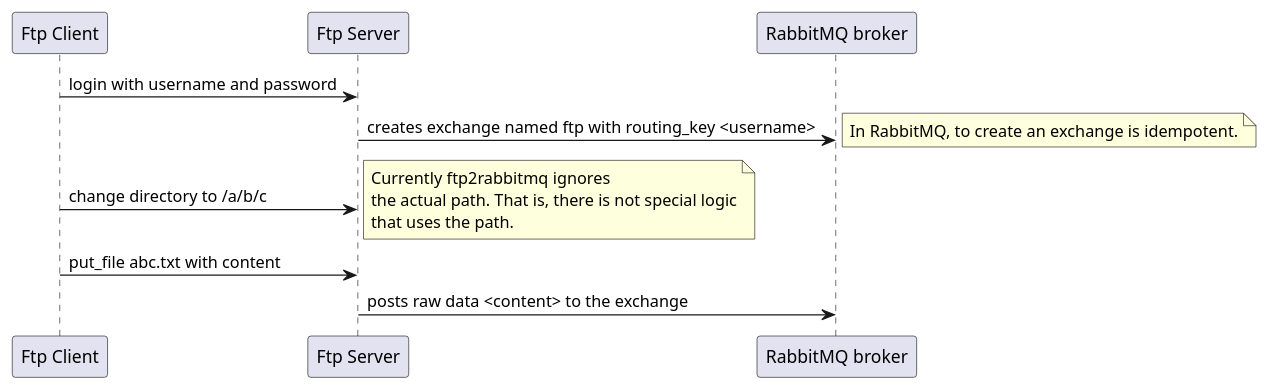
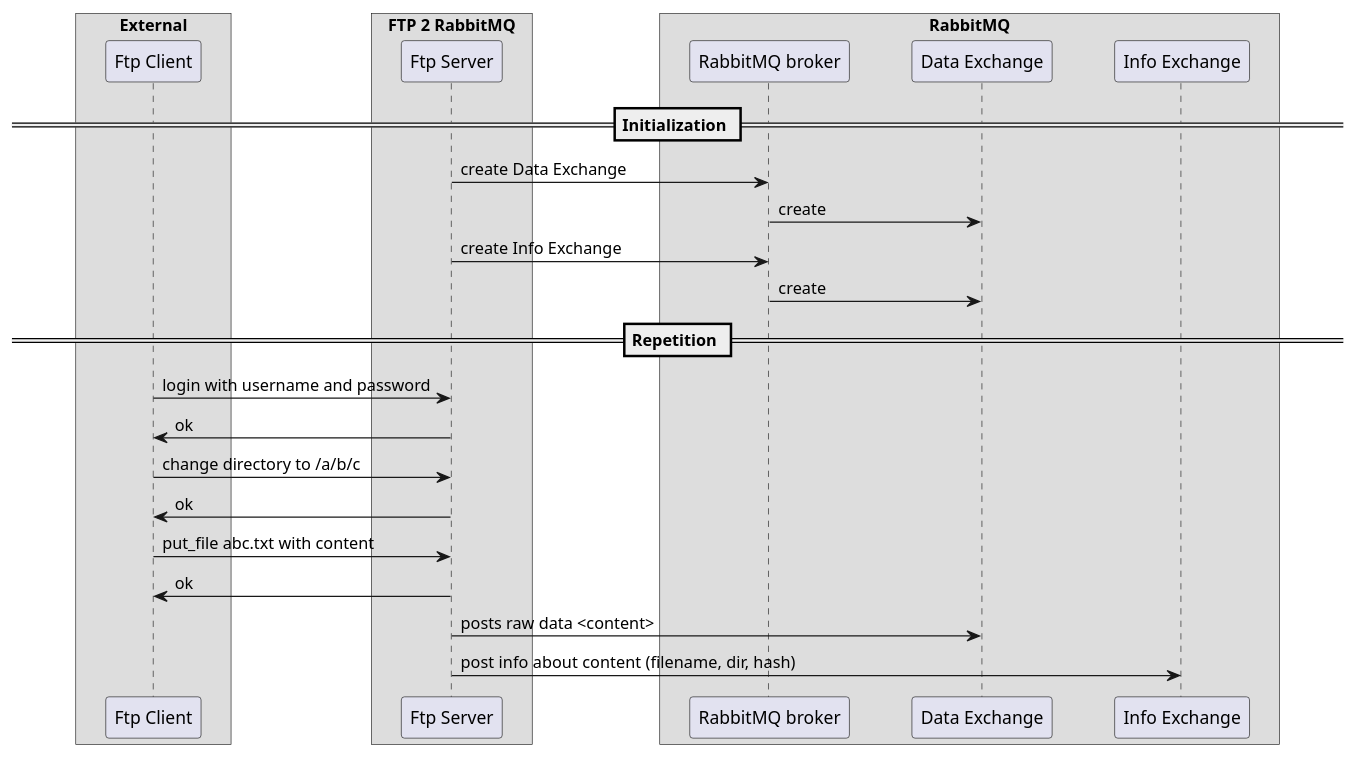
One commit to Raphexion/ftp2rabbitmq changed the diagram in doc/big_picture.puml. Above: the diagram before and after it, drawn with PlantUML. The commit also changed 1 other file, not shown here.

```diff
--- a/doc/big_picture.puml
+++ b/doc/big_picture.puml
@@ -1,24 +1,41 @@
 @startuml
 
-participant "Ftp Client" as FC
-participant "Ftp Server" as FS
-participant "RabbitMQ broker" as RMQ
+skinparam ParticipantPadding 20
+skinparam BoxPadding 50
+
+box "External"
+    participant "Ftp Client" as FC
+end box
+box "FTP 2 RabbitMQ"
+    participant "Ftp Server" as FS
+end box
+box "RabbitMQ"
+    participant "RabbitMQ broker" as RMQ
+    participant "Data Exchange" as DE
+    participant "Info Exchange" as IE
+end box
+
+== Initialization ==
+
+FS -> RMQ: create Data Exchange
+DE <- RMQ: create
+
+FS -> RMQ: create Info Exchange
+DE <- RMQ: create
+
+== Repetition ==
 
 FC -> FS: login with username and password
-
-FS -> RMQ: creates exchange named ftp with routing_key <username>
-note right
-     In RabbitMQ, to create an exchange is idempotent.
-end note
+FC <- FS: ok
 
 FC -> FS: change directory to /a/b/c
-note right
-     Currently ftp2rabbitmq ignores
-     the actual path. That is, there is not special logic
-     that uses the path.
-end note
+FC <- FS: ok
 
-FC -> FS:  put_file abc.txt with content
-FS -> RMQ: posts raw data <content> to the exchange
+FC -> FS: put_file abc.txt with content
+FC <- FS: ok
+
+FS -> DE: posts raw data <content>
+
+FS -> IE: post info about content (filename, dir, hash)
 
 @enduml
```
